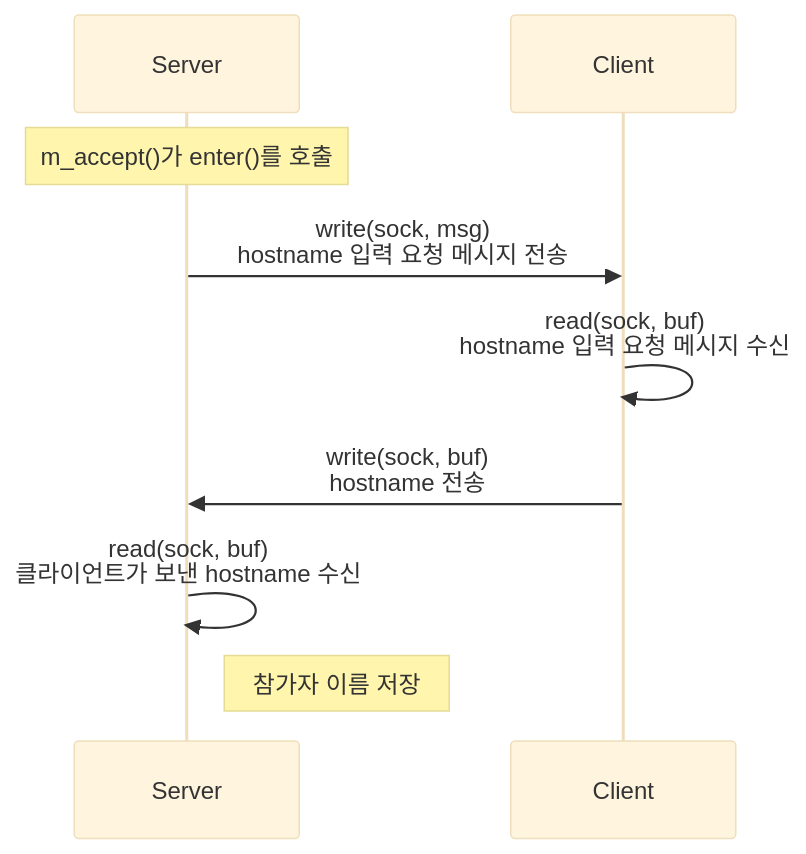
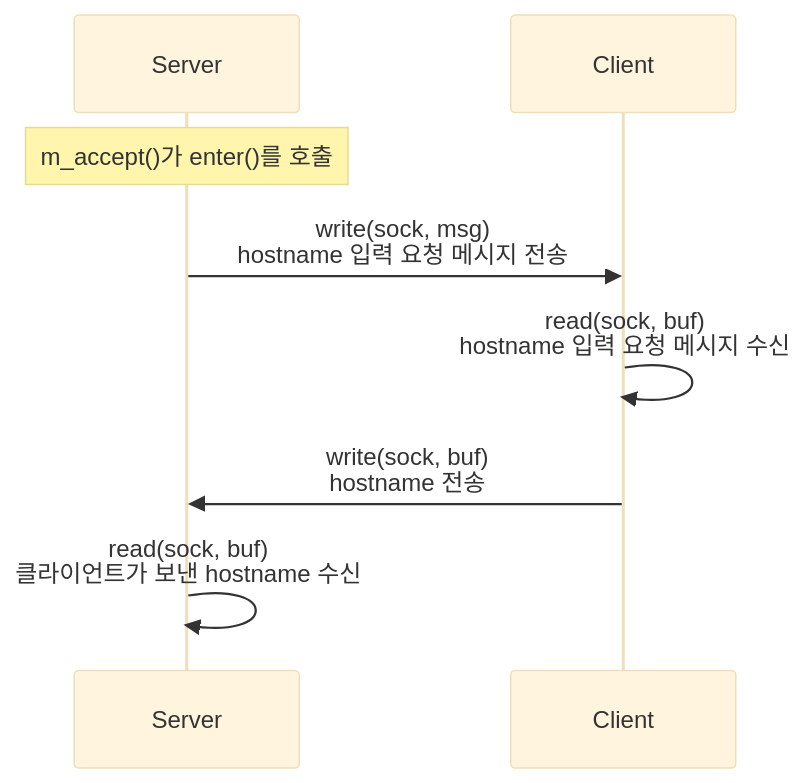
One commit to dkim-04/Network_coding changed the third of 3 diagrams in race_game/code_flow/readme.md. Above: the diagram before and after it, drawn with Mermaid (base theme).

````diff
--- a/race_game/code_flow/readme.md
+++ b/race_game/code_flow/readme.md
@@ -24,17 +24,18 @@
 ```mermaid
 sequenceDiagram
     participant Server
     participant Client
 
     Note over Server: m_accept()가 enter()를 호출
 
     Server->>Client: write(sock, msg)<br/>hostname 입력 요청 메시지 전송
 
     Client->>Client: read(sock, buf)<br/>hostname 입력 요청 메시지 수신
 
     Client->>Server: write(sock, buf)<br/>hostname 전송
 
     Server->>Server: read(sock, buf)<br/>클라이언트가 보낸 hostname 수신
 
-    Note right of Server: 참가자 이름 저장
+    
+    
 ```
````
